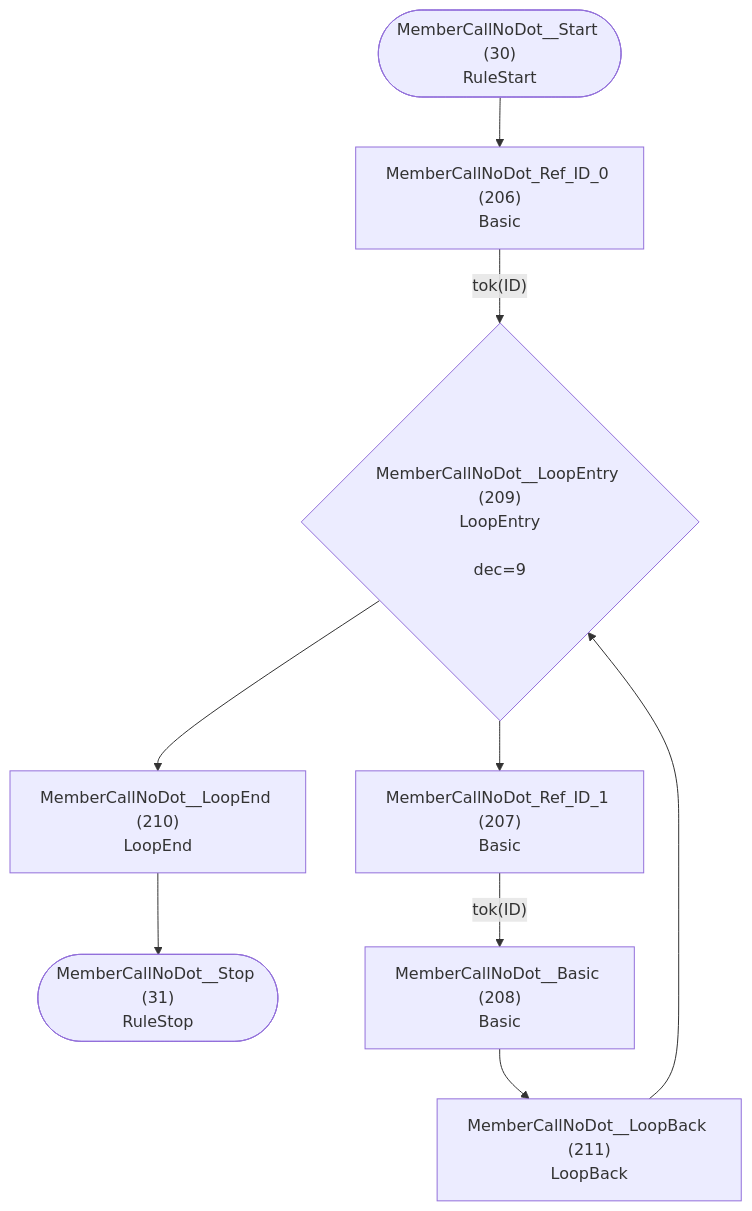
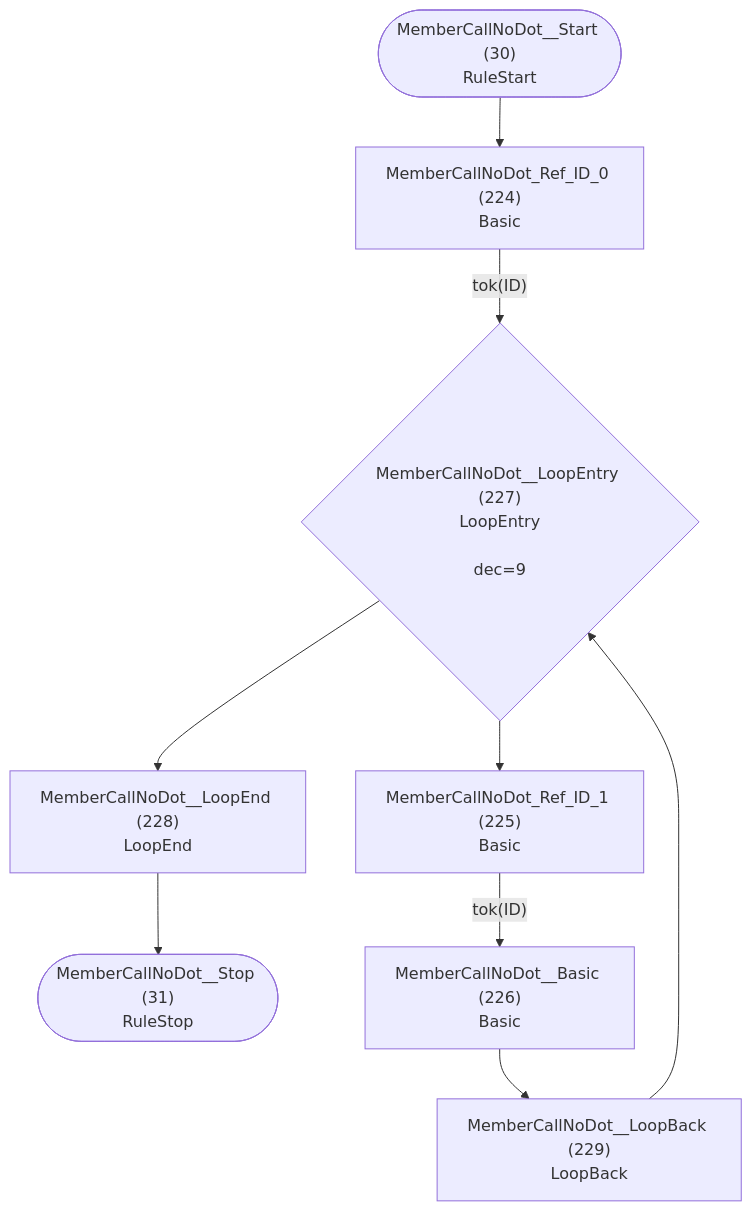
One commit to TypeFox/fastbelt changed diagram 16 of 46 in internal/languages/completion/atn.md. Above: the diagram before and after it, drawn with Mermaid. The commit also changed other lines of this file and 41 other files, not shown here.

````diff
--- a/internal/languages/completion/atn.md
+++ b/internal/languages/completion/atn.md
@@ -435,20 +455,20 @@
 ```mermaid
 flowchart TD
     q30(["MemberCallNoDot__Start (30)<br/>RuleStart"])
     q31(["MemberCallNoDot__Stop (31)<br/>RuleStop"])
-    q206["MemberCallNoDot_Ref_ID_0 (206)<br/>Basic<br/>"]
-    q207["MemberCallNoDot_Ref_ID_1 (207)<br/>Basic<br/>"]
-    q208["MemberCallNoDot__Basic (208)<br/>Basic<br/>"]
-    q209{"MemberCallNoDot__LoopEntry (209)<br/>LoopEntry<br/><br/>dec=9"}
-    q210["MemberCallNoDot__LoopEnd (210)<br/>LoopEnd<br/>"]
-    q211["MemberCallNoDot__LoopBack (211)<br/>LoopBack<br/>"]
+    q224["MemberCallNoDot_Ref_ID_0 (224)<br/>Basic<br/>"]
+    q225["MemberCallNoDot_Ref_ID_1 (225)<br/>Basic<br/>"]
+    q226["MemberCallNoDot__Basic (226)<br/>Basic<br/>"]
+    q227{"MemberCallNoDot__LoopEntry (227)<br/>LoopEntry<br/><br/>dec=9"}
+    q228["MemberCallNoDot__LoopEnd (228)<br/>LoopEnd<br/>"]
+    q229["MemberCallNoDot__LoopBack (229)<br/>LoopBack<br/>"]
 
-    q30 --> q206
-    q206 -->|"tok(ID)"| q209
-    q207 -->|"tok(ID)"| q208
-    q208 --> q211
-    q209 --> q207
-    q209 --> q210
-    q210 --> q31
-    q211 --> q209
+    q30 --> q224
+    q224 -->|"tok(ID)"| q227
+    q225 -->|"tok(ID)"| q226
+    q226 --> q229
+    q227 --> q225
+    q227 --> q228
+    q228 --> q31
+    q229 --> q227
 ```
````
